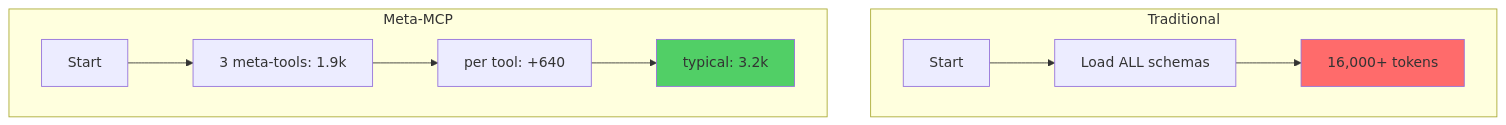
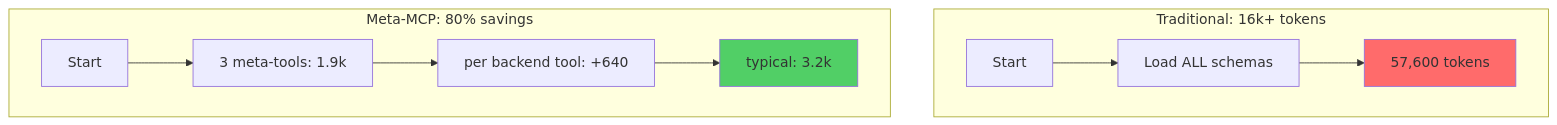
The diagram in projects/meta-mcp-server/docs/diagrams/token-economics.mmd (blueman82/mcp-exec), drawn with Mermaid before and after one commit. The commit also changed other lines of this file and 1 other file, not shown here.

Commit message:
fix: Pure mermaid .mmd files (no markdown wrappers)

````diff
--- a/projects/meta-mcp-server/docs/diagrams/token-economics.mmd
+++ b/projects/meta-mcp-server/docs/diagrams/token-economics.mmd
@@ -9,15 +1,14 @@
-```mermaid
 flowchart TB
-  subgraph Traditional["Traditional"]
+  subgraph Traditional["Traditional: 16k+ tokens"]
     T1[Start] --> T2[Load ALL schemas]
-    T2 --> T3["16,000+ tokens"]
-    style T3 fill:#ff6b6b
+    T2 --> T3["57,600 tokens"]
   end
 
-  subgraph Meta["Meta-MCP"]
+  subgraph Meta["Meta-MCP: 80% savings"]
     M1[Start] --> M2["3 meta-tools: 1.9k"]
-    M2 --> M3["per tool: +640"]
+    M2 --> M3["per backend tool: +640"]
     M3 --> M4["typical: 3.2k"]
-    style M4 fill:#51cf66
   end
-```
+
+  style T3 fill:#ff6b6b
+  style M4 fill:#51cf66
````
